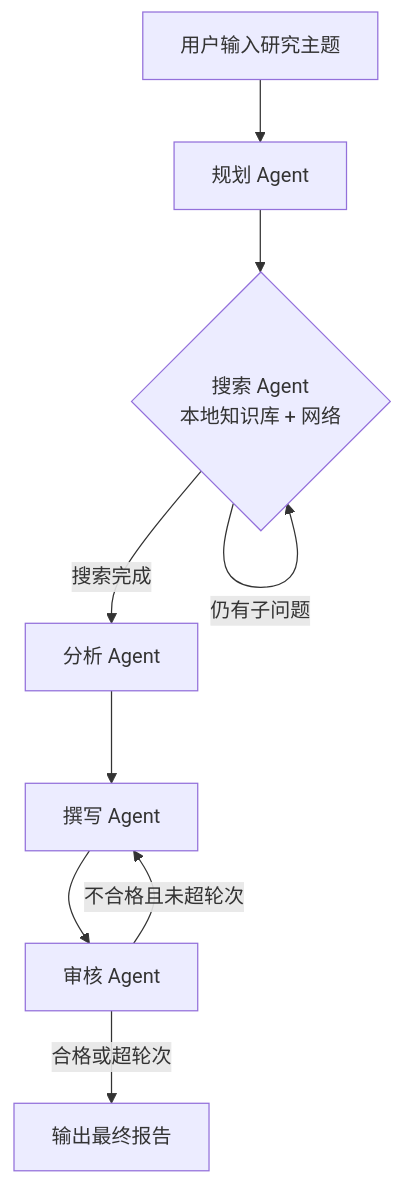
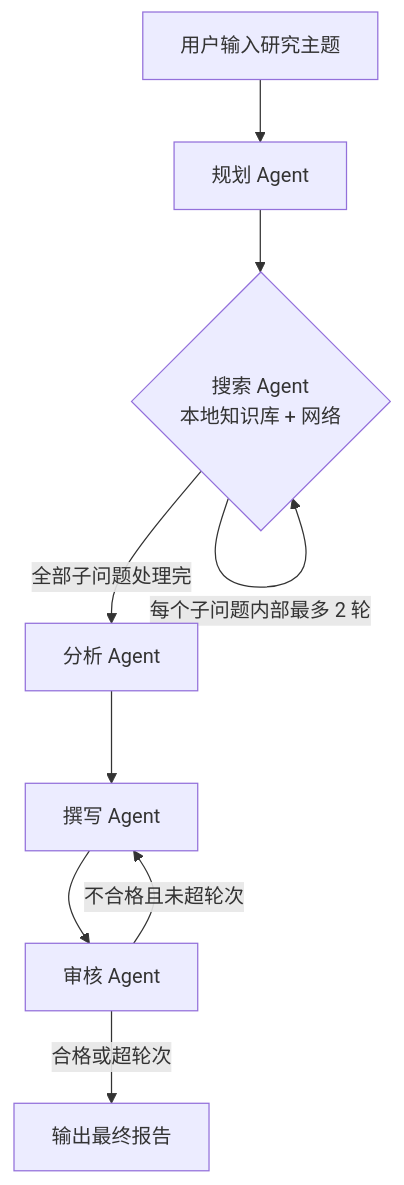
One commit to Guiqing313/AgentForge-LangGraph changed the diagram in README.md. Above: the diagram before and after it, drawn with Mermaid. The commit also changed 8 other files, not shown here.

````diff
--- a/README.md
+++ b/README.md
@@ -18,11 +18,11 @@
 ```mermaid
 flowchart TD
     A[用户输入研究主题] --> B[规划 Agent]
     B --> C{搜索 Agent<br/>本地知识库 + 网络}
-    C -->|仍有子问题| C
-    C -->|搜索完成| D[分析 Agent]
+    C -->|每个子问题内部最多 2 轮| C
+    C -->|全部子问题处理完| D[分析 Agent]
     D --> E[撰写 Agent]
     E --> F[审核 Agent]
     F -->|不合格且未超轮次| E
     F -->|合格或超轮次| G[输出最终报告]
 ```
````
